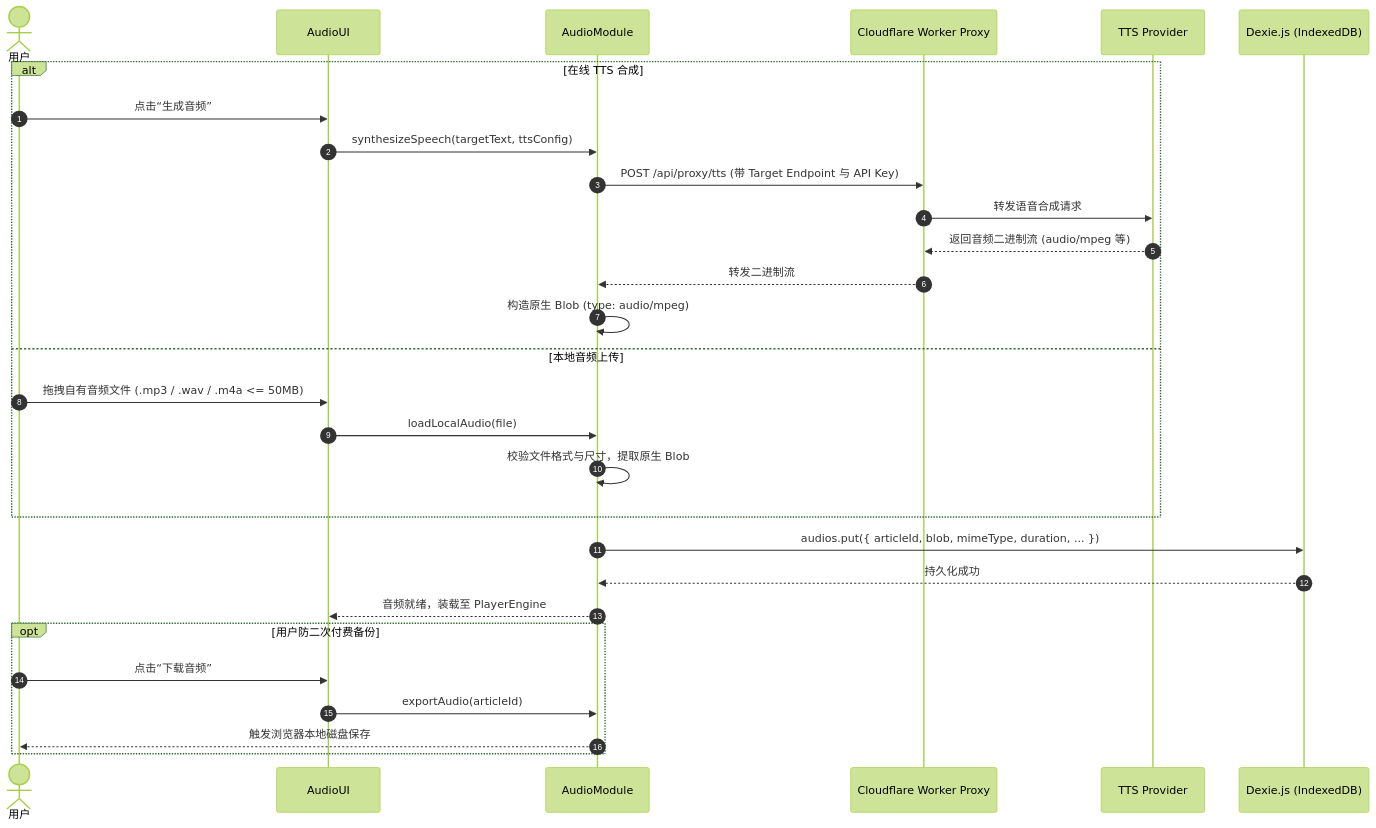
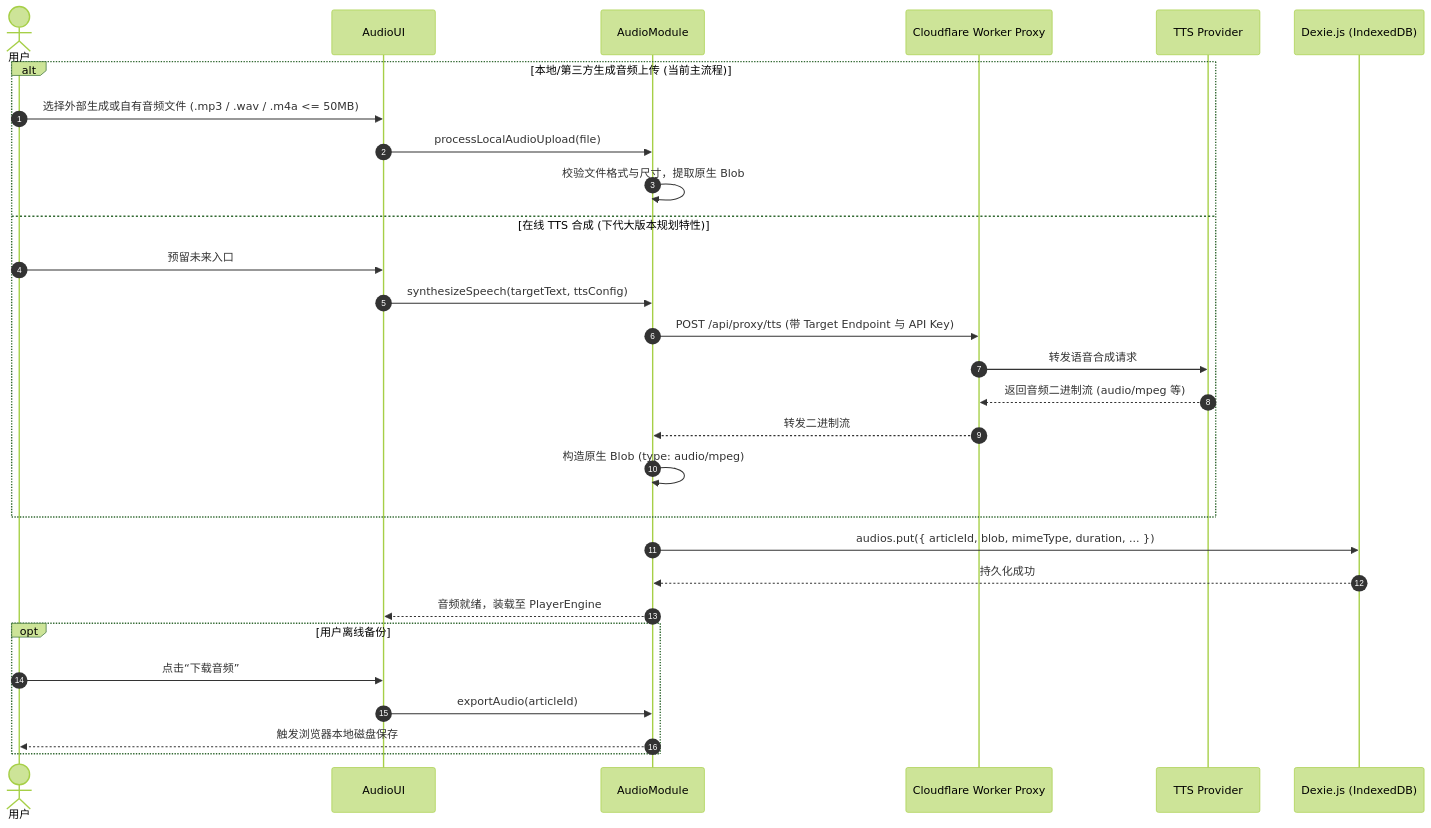
One commit to availlogic/talkdrill changed the fourth of 6 diagrams in docs/Architecture.md. Above: the diagram before and after it, drawn with Mermaid (forest theme). The commit also changed other lines of this file and 14 other files, not shown here.

Commit message:
feat(audio): disable in-app TTS and adopt user audio upload workflow

````diff
--- a/docs/Architecture.md
+++ b/docs/Architecture.md
@@ -166,33 +166,33 @@
 ```mermaid
 sequenceDiagram
     autonumber
     actor User as 用户
     participant UI as AudioUI
     participant Audio as AudioModule
     participant Proxy as Cloudflare Worker Proxy
     participant TTS as TTS Provider
     participant DB as Dexie.js (IndexedDB)
 
-    alt 在线 TTS 合成
-        User->>UI: 点击“生成音频”
+    alt 本地/第三方生成音频上传 (当前主流程)
+        User->>UI: 选择外部生成或自有音频文件 (.mp3 / .wav / .m4a <= 50MB)
+        UI->>Audio: processLocalAudioUpload(file)
+        Audio->>Audio: 校验文件格式与尺寸，提取原生 Blob
+    else 在线 TTS 合成 (下代大版本规划特性)
+        User->>UI: 预留未来入口
         UI->>Audio: synthesizeSpeech(targetText, ttsConfig)
         Audio->>Proxy: POST /api/proxy/tts (带 Target Endpoint 与 API Key)
         Proxy->>TTS: 转发语音合成请求
         TTS-->>Proxy: 返回音频二进制流 (audio/mpeg 等)
         Proxy-->>Audio: 转发二进制流
         Audio->>Audio: 构造原生 Blob (type: audio/mpeg)
-    else 本地音频上传
-        User->>UI: 拖拽自有音频文件 (.mp3 / .wav / .m4a <= 50MB)
-        UI->>Audio: loadLocalAudio(file)
-        Audio->>Audio: 校验文件格式与尺寸，提取原生 Blob
     end
 
     Audio->>DB: audios.put({ articleId, blob, mimeType, duration, ... })
     DB-->>Audio: 持久化成功
     Audio-->>UI: 音频就绪，装载至 PlayerEngine
-    opt 用户防二次付费备份
+    opt 用户离线备份
         User->>UI: 点击“下载音频”
         UI->>Audio: exportAudio(articleId)
         Audio-->>User: 触发浏览器本地磁盘保存
     end
 ```
````
